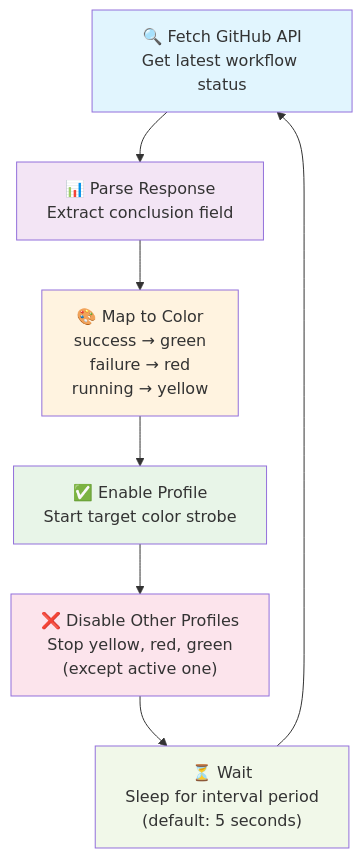
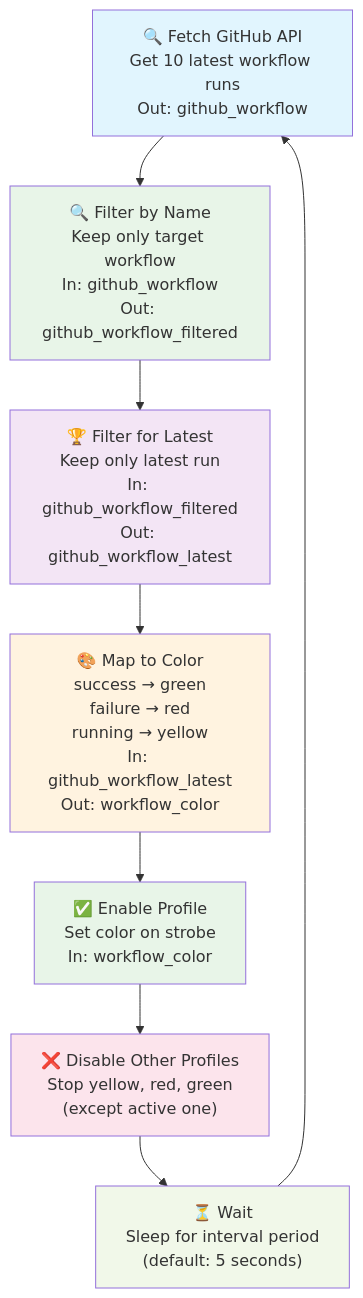
Before and after one commit to fixedit-ai/fixedit-data-agent-examples: the diagram in project-strobe-color-from-github-workflow/README.md, drawn with Mermaid. The commit also changed other lines of this file and 8 other files, not shown here.

First line of the commit message:
Refactor strobe workflow to filter by workflow name

````diff
--- a/project-strobe-color-from-github-workflow/README.md
+++ b/project-strobe-color-from-github-workflow/README.md
@@ -9,16 +9,18 @@
 ```mermaid
 flowchart TD
-    A["🔍 Fetch GitHub API<br/>Get latest workflow status"] --> B["📊 Parse Response<br/>Extract conclusion field"]
-    B --> C["🎨 Map to Color<br/>success → green<br/>failure → red<br/>running → yellow"]
-    C --> D["✅ Enable Profile<br/>Start target color strobe"]
-    D --> E["❌ Disable Other Profiles<br/>Stop yellow, red, green<br/>(except active one)"]
-    E --> F["⏳ Wait<br/>Sleep for interval period<br/>(default: 5 seconds)"]
-    F --> A
+    A["🔍 Fetch GitHub API<br/>Get 10 latest workflow runs<br/>Out: github_workflow"] --> B["🔍 Filter by Name<br/>Keep only target workflow<br/>In: github_workflow<br/>Out: github_workflow_filtered"]
+    B --> C["🏆 Filter for Latest<br/>Keep only latest run<br/>In: github_workflow_filtered<br/>Out: github_workflow_latest"]
+    C --> D["🎨 Map to Color<br/>success → green<br/>failure → red<br/>running → yellow<br/>In: github_workflow_latest<br/>Out: workflow_color"]
+    D --> E["✅ Enable Profile<br/>Set color on strobe<br/>In: workflow_color"]
+    E --> F["❌ Disable Other Profiles<br/>Stop yellow, red, green<br/>(except active one)"]
+    F --> G["⏳ Wait<br/>Sleep for interval period<br/>(default: 5 seconds)"]
+    G --> A
 
     style A fill:#e1f5fe
-    style B fill:#f3e5f5
-    style C fill:#fff3e0
-    style D fill:#e8f5e8
-    style E fill:#fce4ec
-    style F fill:#f1f8e9
+    style B fill:#e8f5e8
+    style C fill:#f3e5f5
+    style D fill:#fff3e0
+    style E fill:#e8f5e8
+    style F fill:#fce4ec
+    style G fill:#f1f8e9
 ```
````
